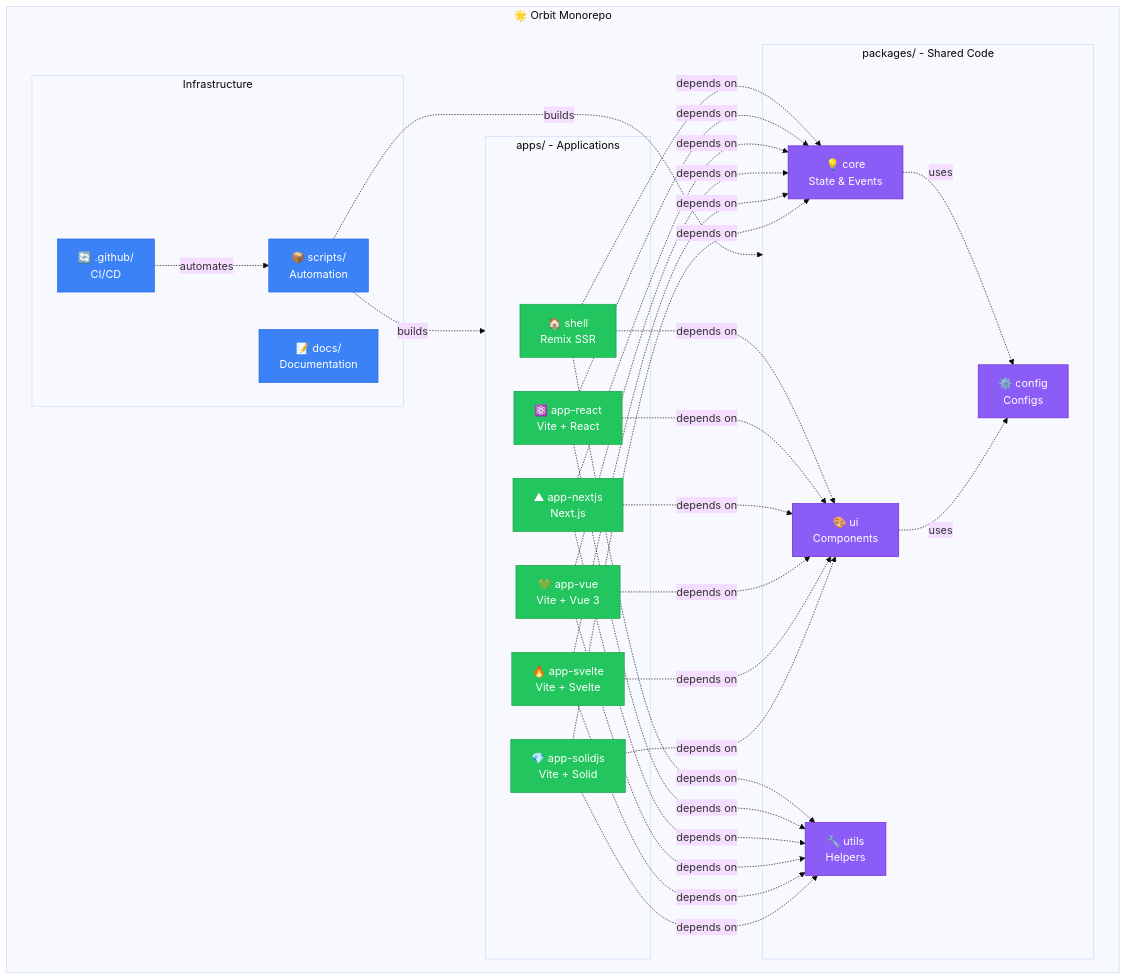
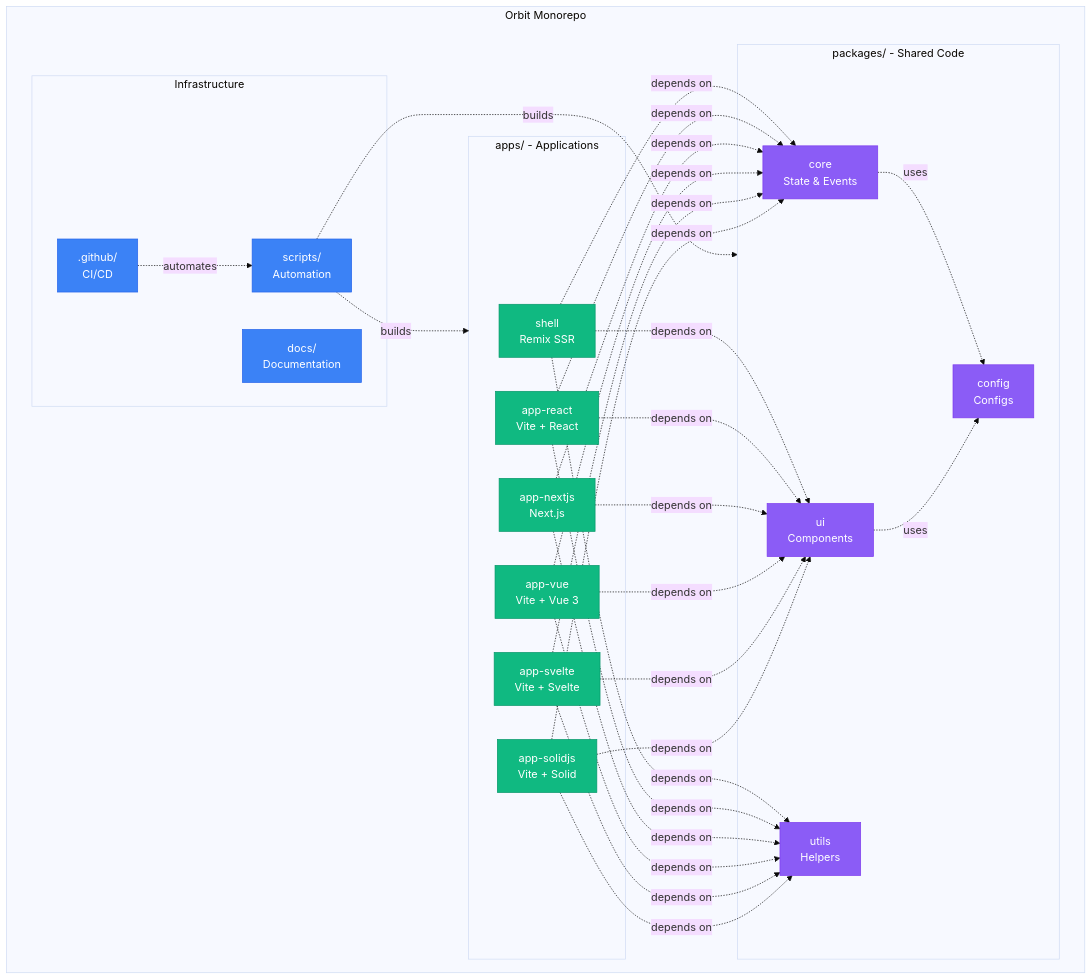
The third of 5 diagrams in README.md (tian972k/micro-fontend-base), drawn with Mermaid (base theme) before and after one commit. The commit also changed other lines of this file and 3 other files, not shown here.

First line of the commit message:
docs: add Mermaid diagram style guide with standard color palette

````diff
--- a/README.md
+++ b/README.md
@@ -179,36 +175,36 @@
 ```mermaid
 graph TB
-    subgraph Monorepo ["🌟 Orbit Monorepo"]
+    subgraph Monorepo ["Orbit Monorepo"]
         subgraph Apps ["apps/ - Applications"]
-            Shell[🏠 shell<br/>Remix SSR]:::app
-            React[⚛️ app-react<br/>Vite + React]:::app
-            Next["▲ app-nextjs<br/>Next.js"]:::app
-            Vue["💚 app-vue<br/>Vite + Vue 3"]:::app
-            Svelte["🔥 app-svelte<br/>Vite + Svelte"]:::app
-            Solid["💎 app-solidjs<br/>Vite + Solid"]:::app
+            Shell[shell<br/>Remix SSR]:::app
+            React[app-react<br/>Vite + React]:::app
+            Next["app-nextjs<br/>Next.js"]:::app
+            Vue["app-vue<br/>Vite + Vue 3"]:::app
+            Svelte["app-svelte<br/>Vite + Svelte"]:::app
+            Solid["app-solidjs<br/>Vite + Solid"]:::app
         end
 
         subgraph Packages ["packages/ - Shared Code"]
-            Core[💡 core<br/>State & Events]:::pkg
-            UI[🎨 ui<br/>Components]:::pkg
-            Utils[🔧 utils<br/>Helpers]:::pkg
-            Config[⚙️ config<br/>Configs]:::pkg
+            Core[core<br/>State & Events]:::pkg
+            UI[ui<br/>Components]:::pkg
+            Utils[utils<br/>Helpers]:::pkg
+            Config[config<br/>Configs]:::pkg
         end
 
         subgraph Tooling ["Infrastructure"]
-            Scripts[📦 scripts/<br/>Automation]:::tool
-            Docs[📝 docs/<br/>Documentation]:::tool
-            CI[🔄 .github/<br/>CI/CD]:::tool
+            Scripts[scripts/<br/>Automation]:::tool
+            Docs[docs/<br/>Documentation]:::tool
+            CI[.github/<br/>CI/CD]:::tool
         end
     end
 
     Shell & React & Next & Vue & Svelte & Solid -.->|"depends on"| Core & UI & Utils
     Core & UI -.->|"uses"| Config
     Scripts -.->|"builds"| Apps
     Scripts -.->|"builds"| Packages
     CI -.->|"automates"| Scripts
 
-    classDef app fill:#22c55e,stroke:#16a34a,color:#fff
-    classDef pkg fill:#8b5cf6,stroke:#6d28d9,color:#fff
+    classDef app fill:#10b981,stroke:#059669,color:#fff
+    classDef pkg fill:#8b5cf6,stroke:#7c3aed,color:#fff
     classDef tool fill:#3b82f6,stroke:#2563eb,color:#fff
 ```
````
